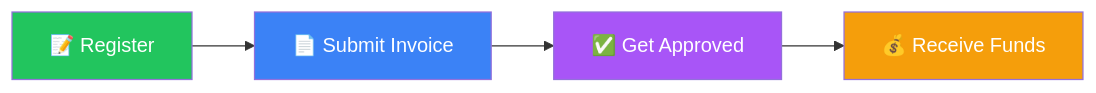
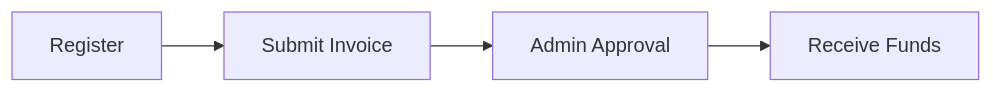
Before and after one commit to OwnaFarm/docs: the first of 3 diagrams in gitbook/overview/how-it-works.md, drawn with Mermaid. The commit also changed other lines of this file and 17 other files, not shown here.

````diff
--- a/gitbook/overview/how-it-works.md
+++ b/gitbook/overview/how-it-works.md
@@ -11,11 +9,6 @@
 ```mermaid
 flowchart LR
-    A[📝 Register] --> B[📄 Submit Invoice]
-    B --> C[✅ Get Approved]
-    C --> D[💰 Receive Funds]
-
-    style A fill:#22c55e,color:#fff
-    style B fill:#3b82f6,color:#fff
-    style C fill:#a855f7,color:#fff
-    style D fill:#f59e0b,color:#fff
+    A[Register] --> B[Submit Invoice]
+    B --> C[Admin Approval]
+    C --> D[Receive Funds]
 ```
````
